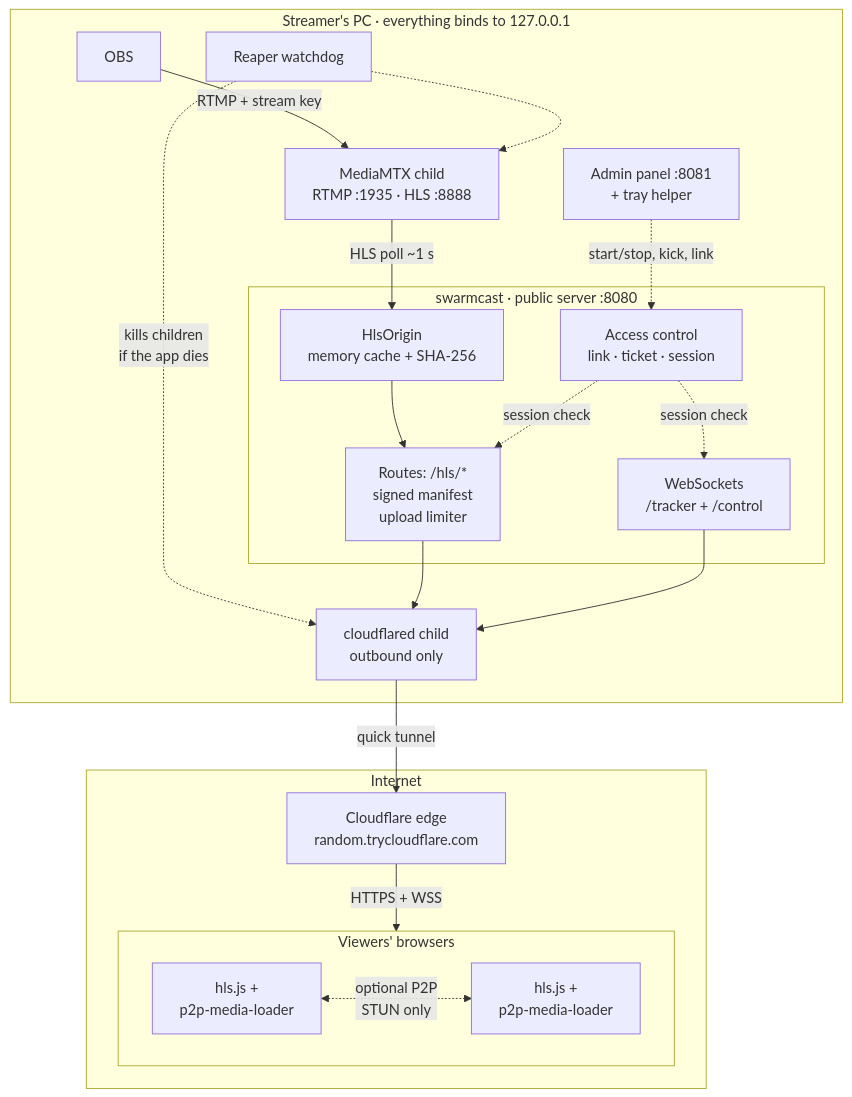
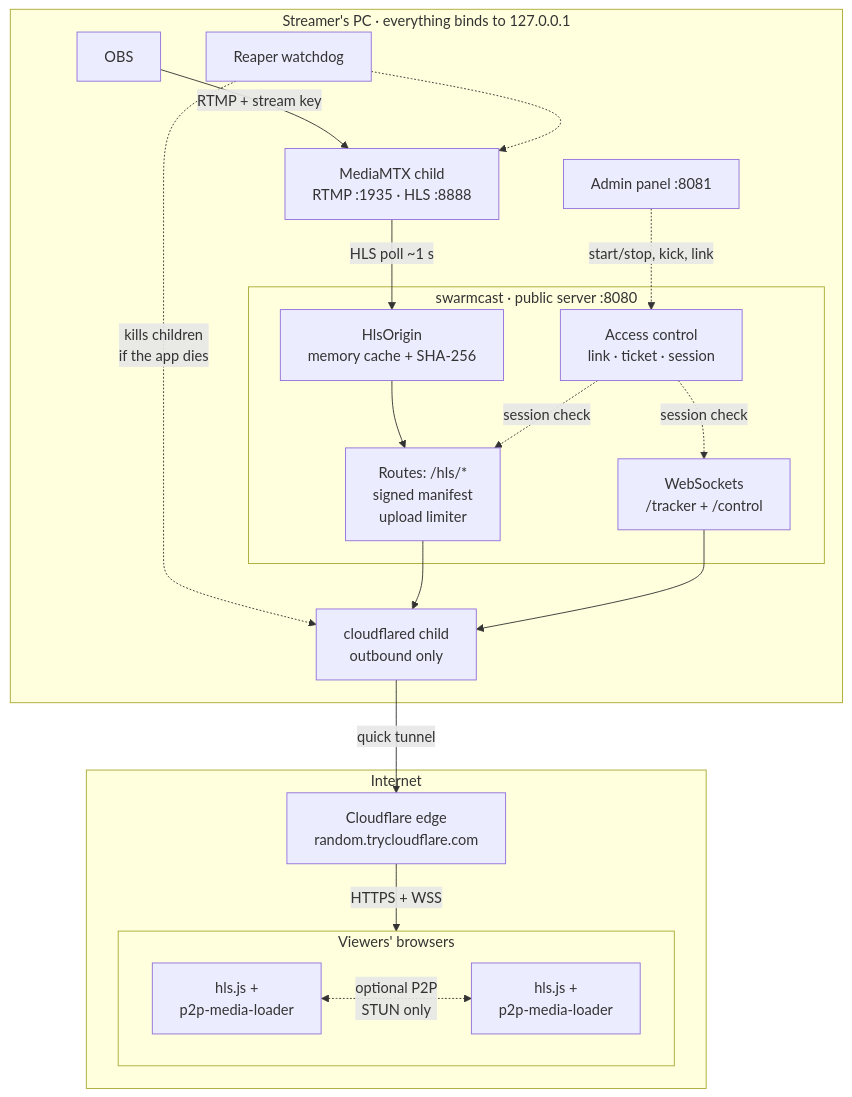
Before and after one commit to Lucas-Angelo/swarmcast: the first of 5 diagrams in docs/ARCHITECTURE.md, drawn with Mermaid. The commit also changed other lines of this file and 178 other files, not shown here.

````diff
--- a/docs/ARCHITECTURE.md
+++ b/docs/ARCHITECTURE.md
@@ -13,37 +12,37 @@
 ```mermaid
 flowchart TB
   subgraph pc["Streamer's PC · everything binds to 127.0.0.1"]
     obs["OBS"]
     mtx["MediaMTX child<br/>RTMP :1935 · HLS :8888"]
     subgraph app["swarmcast · public server :8080"]
       origin["HlsOrigin<br/>memory cache + SHA-256"]
       hls["Routes: /hls/*<br/>signed manifest<br/>upload limiter"]
       acc["Access control<br/>link · ticket · session"]
       ws["WebSockets<br/>/tracker + /control"]
     end
-    admin["Admin panel :8081<br/>+ tray helper"]
+    admin["Admin panel :8081"]
     reaper["Reaper watchdog"]
     cfd["cloudflared child<br/>outbound only"]
   end
   subgraph net["Internet"]
     edge["Cloudflare edge<br/>random.trycloudflare.com"]
     subgraph viewers["Viewers' browsers"]
       direction LR
       v1["hls.js +<br/>p2p-media-loader"]
       v2["hls.js +<br/>p2p-media-loader"]
       v1 <-. "optional P2P<br/>STUN only" .-> v2
     end
   end
   obs -- "RTMP + stream key" --> mtx
   mtx -- "HLS poll ~1 s" --> origin
   origin --> hls
   acc -. "session check" .-> hls
   acc -. "session check" .-> ws
   admin -. "start/stop, kick, link" .-> acc
   reaper -. "kills children<br/>if the app dies" .-> cfd
   reaper -.-> mtx
   hls --> cfd
   ws --> cfd
   cfd -- "quick tunnel" --> edge
   edge -- "HTTPS + WSS" --> viewers
 ```
````
